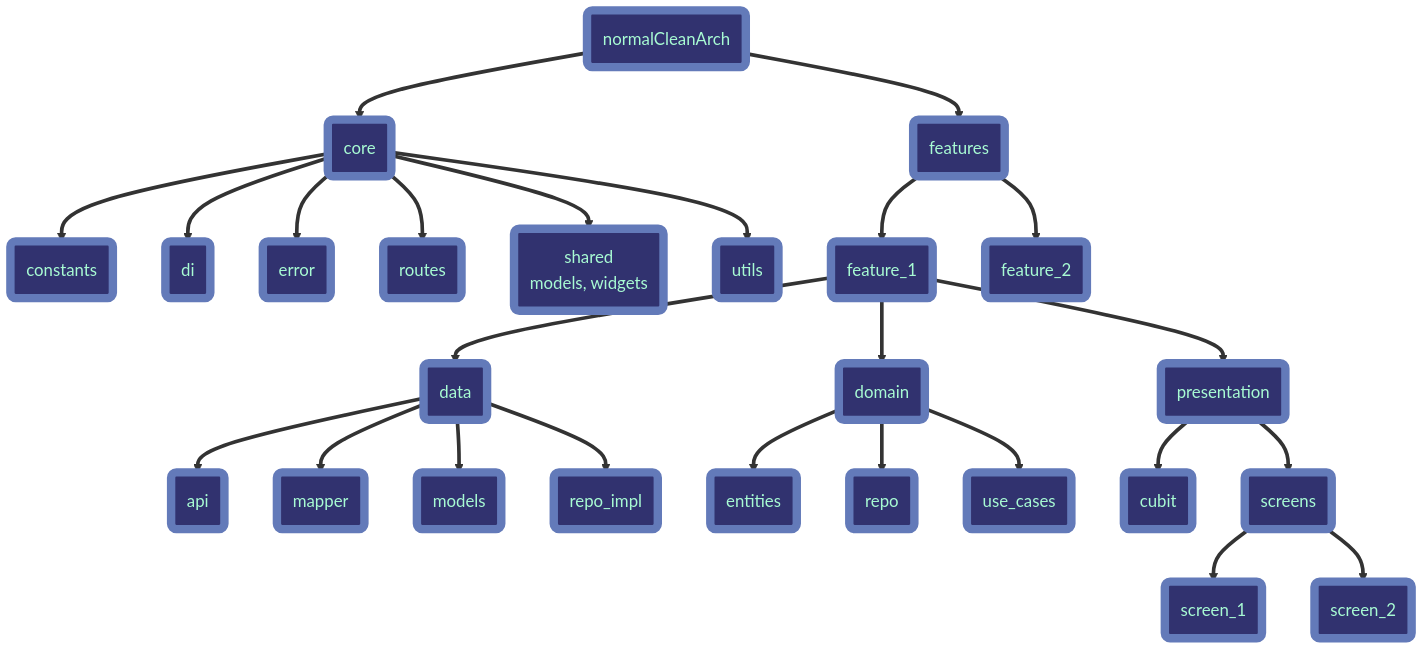
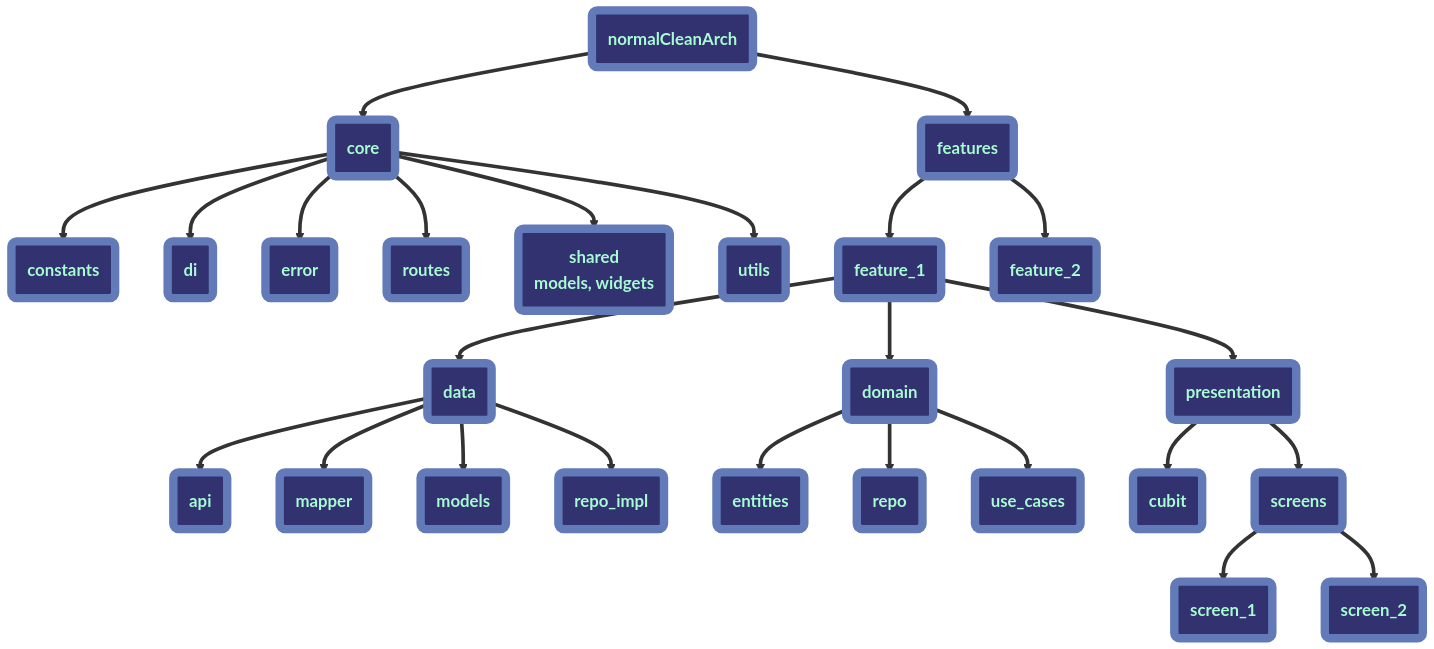
Before and after one commit to Mahm0udbakir/clean_arch: the diagram in README.md, drawn with Mermaid.

Commit message:
Enhance README.md architecture diagram by updating class definitions to include bold font-weight for core, features, and library components, improving visual emphasis and coherence.

````diff
--- a/README.md
+++ b/README.md
@@ -5,36 +5,36 @@
 ```mermaid
 graph TD
     A(normalCleanArch) ==> B(core)
     A ==> C(features)
 
     B ==> B1(constants)
     B ==> B2(di)
     B ==> B3(error)
     B ==> B4(routes)
     B ==> B5("shared<br/>models, widgets")
     B ==> B6(utils)
 
     C ==> C1(feature_1)
     C1 ==> C1a(data)
     C1a ==> C1a1(api)
     C1a ==> C1a2(mapper)
     C1a ==> C1a3(models)
     C1a ==> C1a4(repo_impl)
     C1 ==> C1b(domain)
     C1b ==> C1b1(entities)
     C1b ==> C1b2(repo)
     C1b ==> C1b3(use_cases)
     C1 ==> C1c(presentation)
     C1c ==> C1c1(cubit)
     C1c ==> C1c2(screens)
     C1c2 ==> C1c2a(screen_1)
     C1c2 ==> C1c2b(screen_2)
 
     C ==> C2(feature_2)
 
-    classDef core fill:#31326F,stroke:#637AB9,stroke-width:8px,color:#A8FBD3;
-    classDef features fill:#31326F,stroke:#637AB9,stroke-width:8px,color:#A8FBD3;
-    classDef lib fill:#31326F,stroke:#637AB9,stroke-width:8px,color:#A8FBD3;
+    classDef core fill:#31326F,stroke:#637AB9,stroke-width:8px,color:#A8FBD3,font-weight:bold;
+    classDef features fill:#31326F,stroke:#637AB9,stroke-width:8px,color:#A8FBD3,font-weight:bold;
+    classDef lib fill:#31326F,stroke:#637AB9,stroke-width:8px,color:#A8FBD3,font-weight:bold;
     class A,B,B1,B2,B3,B4,B5,B6 core;
     class C,C1,C1a,C1a1,C1a2,C1a3,C1a4,C1b,C1b1,C1b2,C1b3,C1c,C1c1,C1c2,C1c2a,C1c2b,C2 features;
 ```
````
